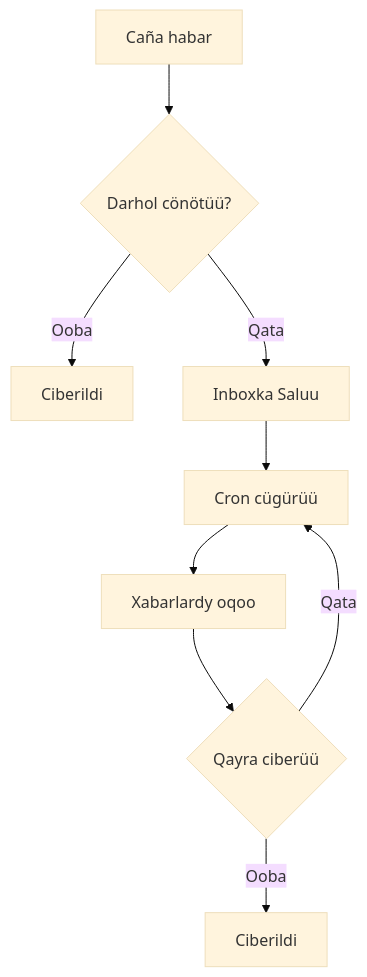
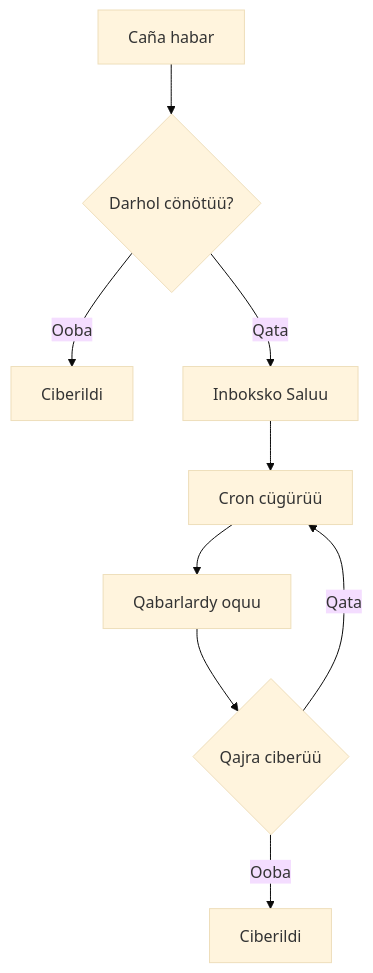
One commit to sultaniman/kpow changed the second of 2 diagrams in docs/qy/developer-guide.md. Above: the diagram before and after it, drawn with Mermaid (base theme). The commit also changed other lines of this file and 3 other files, not shown here.

````diff
--- a/docs/qy/developer-guide.md
+++ b/docs/qy/developer-guide.md
@@ -96,11 +85,11 @@
 ```mermaid
 flowchart TD
     A[Caña habar] --> B{Darhol cönötüü?}
     B -- Ooba --> C[Ciberildi]
-    B -- Qata --> D[Inboxka Saluu]
+    B -- Qata --> D[Inboksko Saluu]
     D --> E[Cron cügürüü]
-    E --> F[Xabarlardy oqoo]
-    F --> G{Qayra ciberüü}
+    E --> F[Qabarlardy oquu]
+    F --> G{Qajra ciberüü}
     G -- Ooba --> H[Ciberildi]
     G -- Qata --> E
 ```
````
